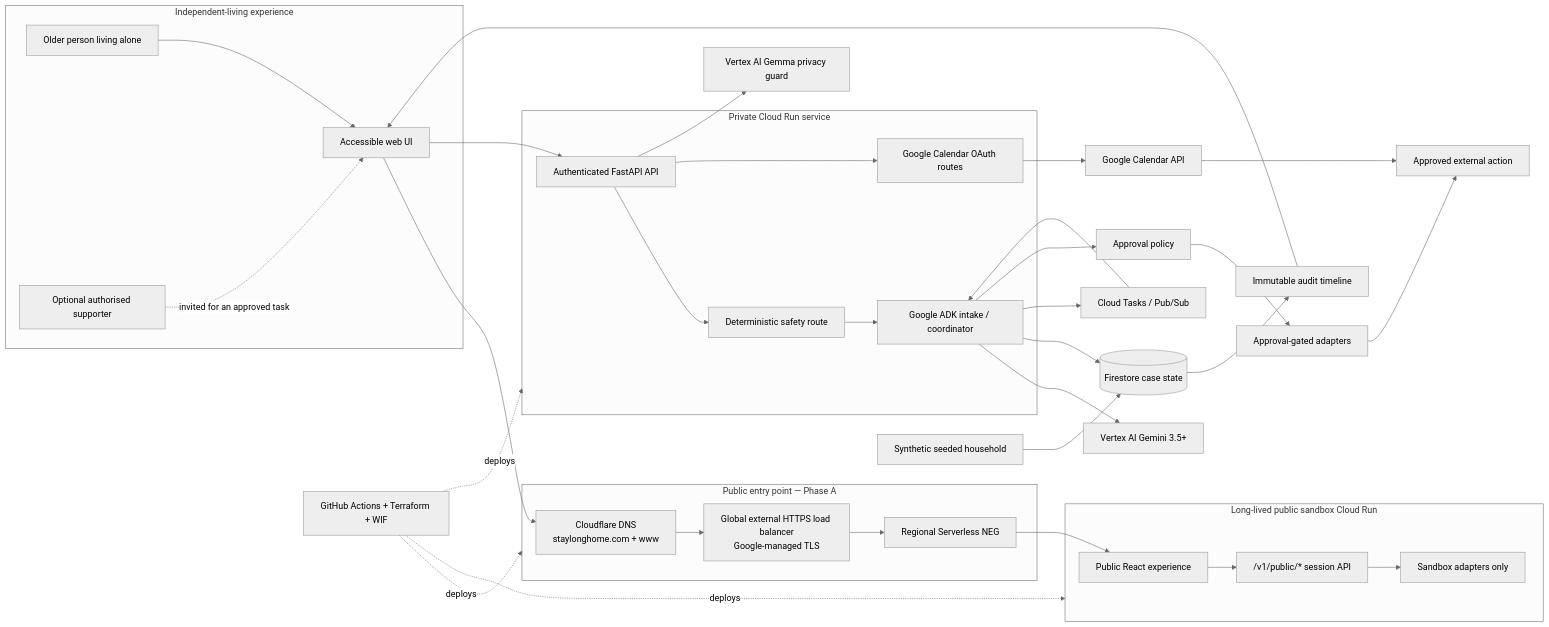
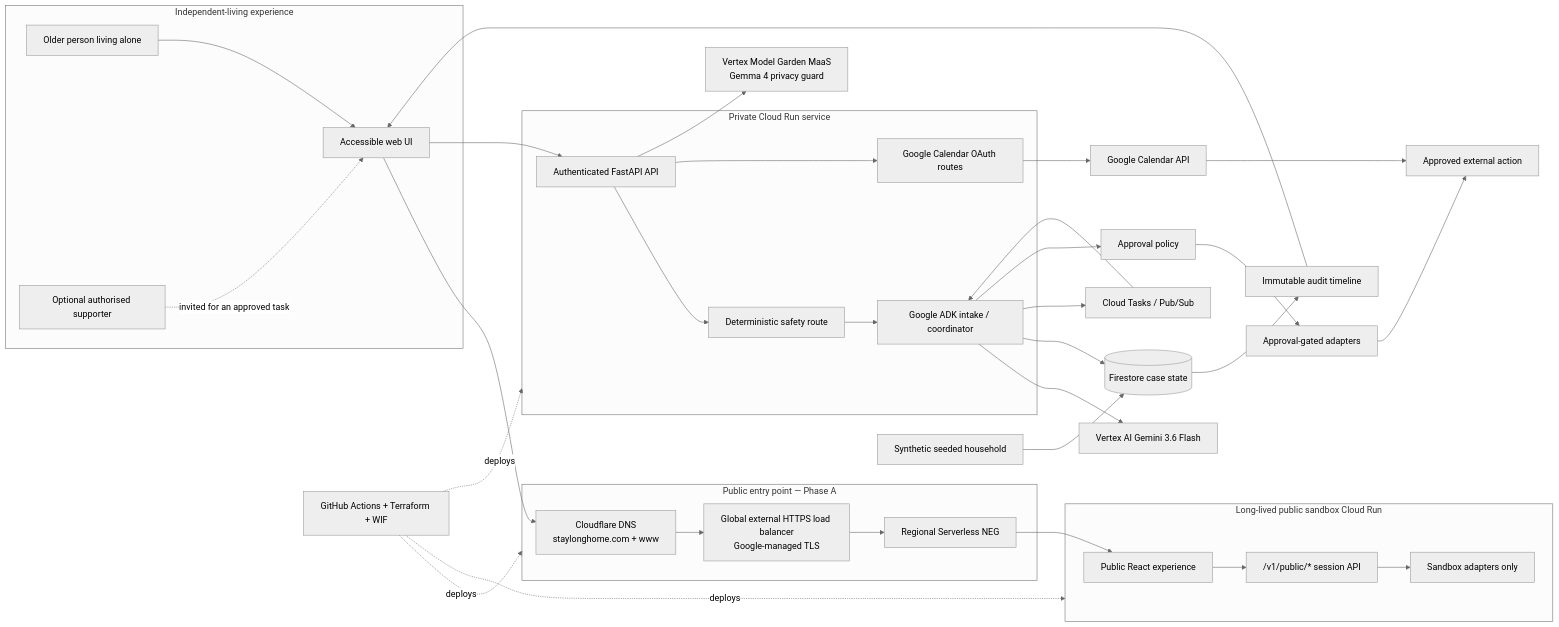
The diagram in docs/architecture.md (sailing-together/StayLong), drawn with Mermaid (neutral theme) before and after one commit. The commit also changed other lines of this file and 9 other files, not shown here.

Commit message:
feat: use Gemma MaaS privacy guard

````diff
--- a/docs/architecture.md
+++ b/docs/architecture.md
@@ -7,39 +7,39 @@
 ```mermaid
 flowchart LR
   subgraph EXPERIENCE["Independent-living experience"]
     U["Older person living alone"] --> W["Accessible web UI"]
     S["Optional authorised supporter"] -. invited for an approved task .-> W
   end
   subgraph EDGE["Public entry point — Phase A"]
     DNS["Cloudflare DNS\nstaylonghome.com + www"] --> LB["Global external HTTPS load balancer\nGoogle-managed TLS"]
     LB --> NEG["Regional Serverless NEG"]
   end
   subgraph PUBLIC["Long-lived public sandbox Cloud Run"]
     PW["Public React experience"] --> PS["/v1/public/* session API"]
     PS --> SA["Sandbox adapters only"]
   end
   W --> DNS
   NEG --> PW
   subgraph PRIVATE["Private Cloud Run service"]
     W --> API["Authenticated FastAPI API"]
     API --> R["Deterministic safety route"]
     R --> ADK["Google ADK intake / coordinator"]
     API --> O["Google Calendar OAuth routes"]
   end
-  ADK --> V["Vertex AI Gemini 3.5+"]
-  API --> G["Vertex AI Gemma privacy guard"]
+  ADK --> V["Vertex AI Gemini 3.6 Flash"]
+  API --> G["Vertex Model Garden MaaS\nGemma 4 privacy guard"]
   ADK --> F[("Firestore case state")]
   ADK --> Q["Cloud Tasks / Pub/Sub"]
   Q --> ADK
   ADK --> P["Approval policy"]
   P --> T["Approval-gated adapters"]
   T --> C["Approved external action"]
   O --> GT["Google Calendar API"]
   GT --> C
   F --> L["Immutable audit timeline"]
   L --> W
   D["Synthetic seeded household"] --> F
   CI["GitHub Actions + Terraform + WIF"] -. deploys .-> EDGE
   CI -. deploys .-> PUBLIC
   CI -. deploys .-> PRIVATE
 ```
````
